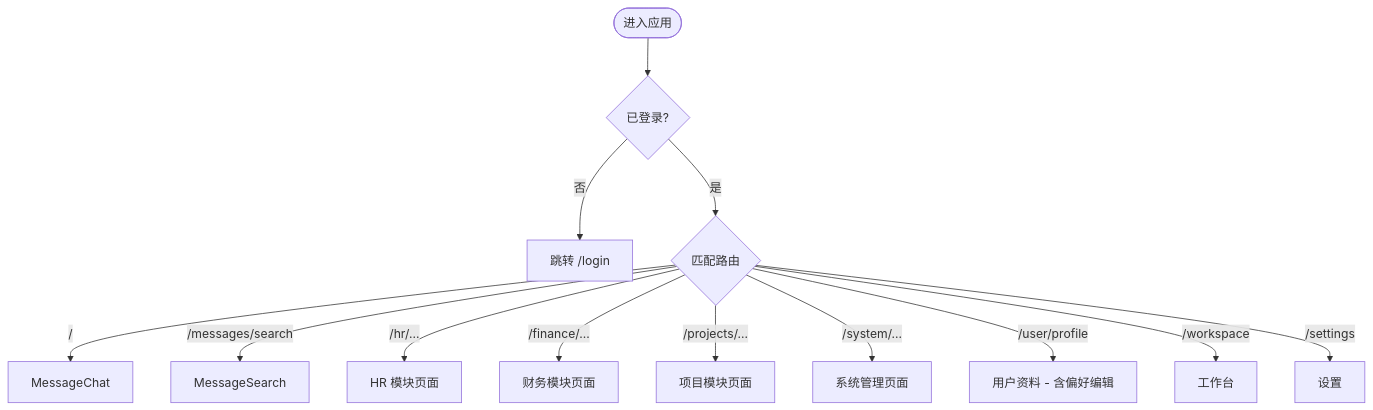
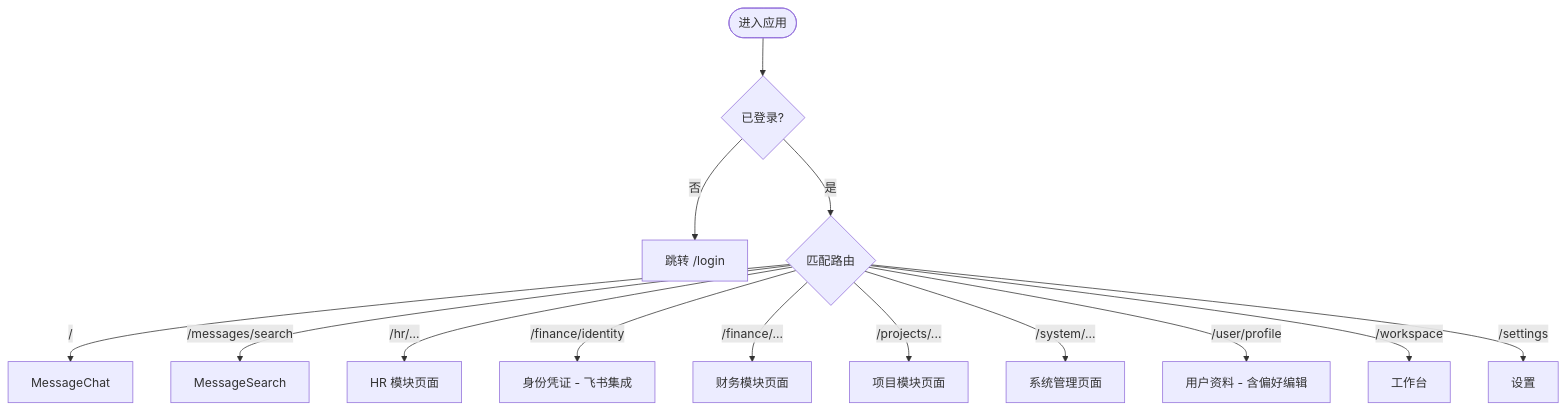
Before and after one commit to runningcoders/ai_orz: the third of 16 diagrams in .qoder/repowiki/zh/content/前端应用/前端应用.md, drawn with Mermaid. The commit also changed other lines of this file and 9 other files, not shown here.

````diff
--- a/.qoder/repowiki/zh/content/前端应用/前端应用.md
+++ b/.qoder/repowiki/zh/content/前端应用/前端应用.md
@@ -191,15 +202,16 @@
 ```mermaid
 flowchart TD
 Start(["进入应用"]) --> CheckAuth{"已登录?"}
 CheckAuth -- 否 --> ToLogin["跳转 /login"]
 CheckAuth -- 是 --> ChooseRoute{"匹配路由"}
 ChooseRoute --> |/| Chat["MessageChat"]
 ChooseRoute --> |/messages/search| Search["MessageSearch"]
 ChooseRoute --> |/hr/...| HR["HR 模块页面"]
+ChooseRoute --> |/finance/identity| Identity["身份凭证 - 飞书集成"]
 ChooseRoute --> |/finance/...| Finance["财务模块页面"]
 ChooseRoute --> |/projects/...| Project["项目模块页面"]
 ChooseRoute --> |/system/...| System["系统管理页面"]
 ChooseRoute --> |/user/profile| Profile["用户资料 - 含偏好编辑"]
 ChooseRoute --> |/workspace| Workspace["工作台"]
 ChooseRoute --> |/settings| Settings["设置"]
 ```
````
